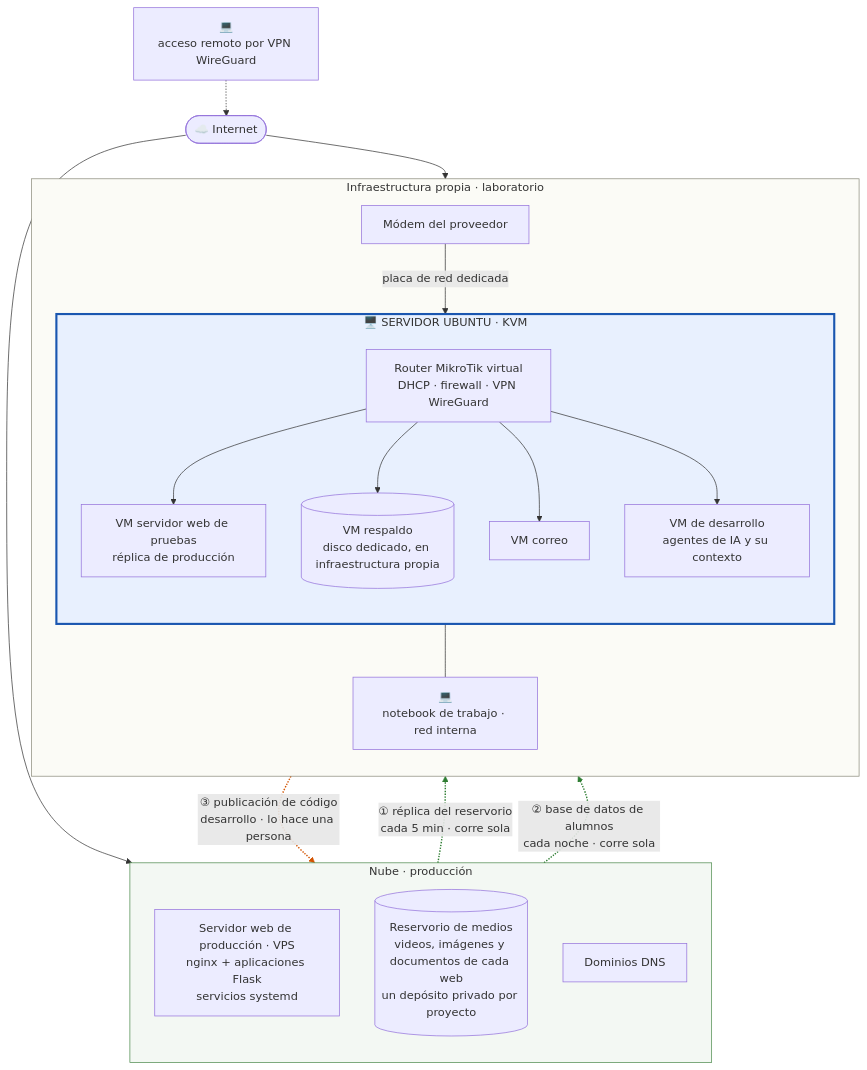
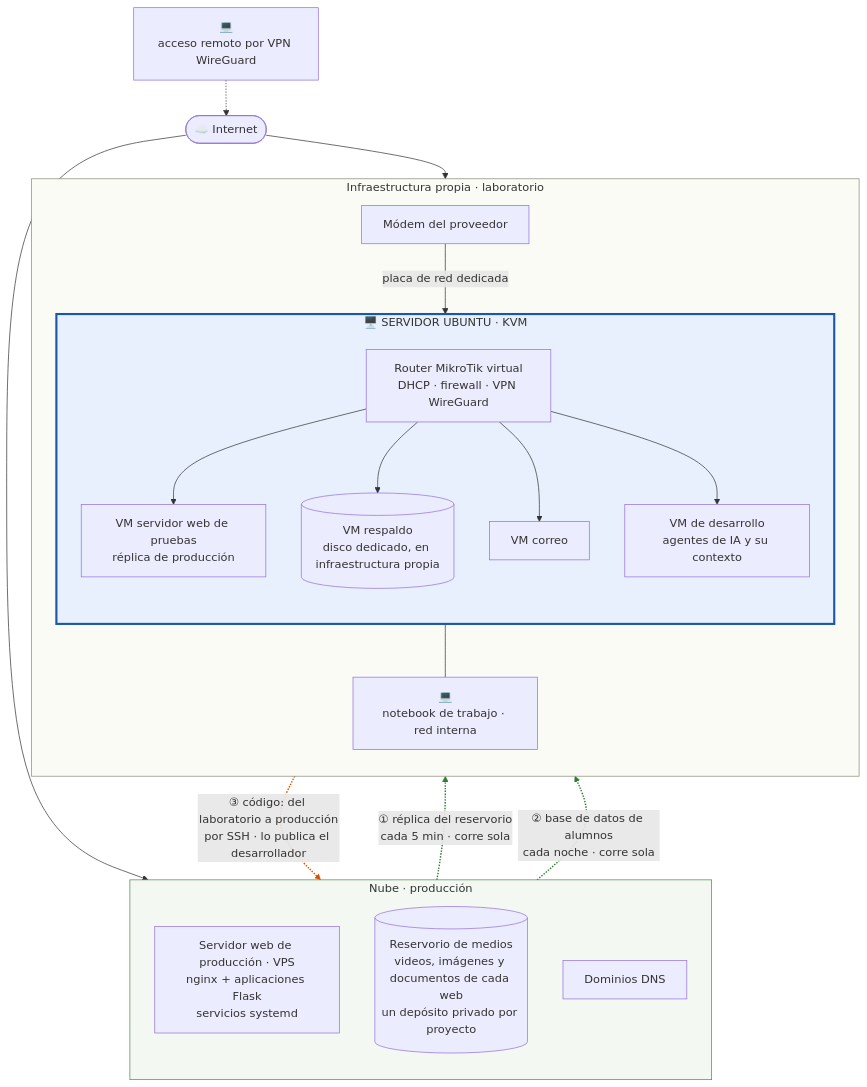
The first of 3 diagrams in README.md (druidatech-net/infraestructura-druidatech), drawn with Mermaid before and after one commit. The commit also changed other lines of this file, not shown here.

Commit message:
Cómo nace un sitio: desarrollo en el laboratorio, prueba real publicada a internet, mudanza a la nube; ajustes sobre producción

````diff
--- a/README.md
+++ b/README.md
@@ -29,33 +29,33 @@
 ```mermaid
 flowchart TB
     N[💻<br/>acceso remoto por VPN WireGuard] -.-> I([☁️ Internet])
     I --> V
     I --> M
     subgraph NUBE[Nube · producción]
         direction TB
         V[Servidor web de producción · VPS<br/>nginx + aplicaciones Flask<br/>servicios systemd]
         S[(Reservorio de medios<br/>videos, imágenes y documentos de cada web<br/>un depósito privado por proyecto)]
         D[Dominios DNS]
     end
     subgraph LAB[Infraestructura propia · laboratorio]
         direction TB
         M[Módem del proveedor] -->|placa de red dedicada| K
         subgraph H[🖥️ SERVIDOR UBUNTU · KVM]
             direction TB
             K[Router MikroTik virtual<br/>DHCP · firewall · VPN WireGuard]
             K --> W[VM servidor web de pruebas<br/>réplica de producción]
             K --> B[(VM respaldo<br/>disco dedicado, en infraestructura propia)]
             K --> C[VM correo]
             K --> A[VM de desarrollo<br/>agentes de IA y su contexto]
         end
         K --- T[💻<br/>notebook de trabajo · red interna]
     end
     S -.->|"① réplica del reservorio<br/>cada 5 min · corre sola"| B
     V -.->|"② base de datos de alumnos<br/>cada noche · corre sola"| B
-    W -.->|"③ publicación de código<br/>desarrollo · lo hace una persona"| V
+    W -.->|"③ código: del laboratorio a producción<br/>por SSH · lo publica el desarrollador"| V
     linkStyle 9,10 stroke:#2e7d32,stroke-width:2px
     linkStyle 11 stroke:#d35400,stroke-width:2px
     style H fill:#e8f0fe,stroke:#1a56b0,stroke-width:3px
     style LAB fill:#fbfbf6,stroke:#8a8a7a
     style NUBE fill:#f3f8f3,stroke:#4c8a4c
 ```
````
